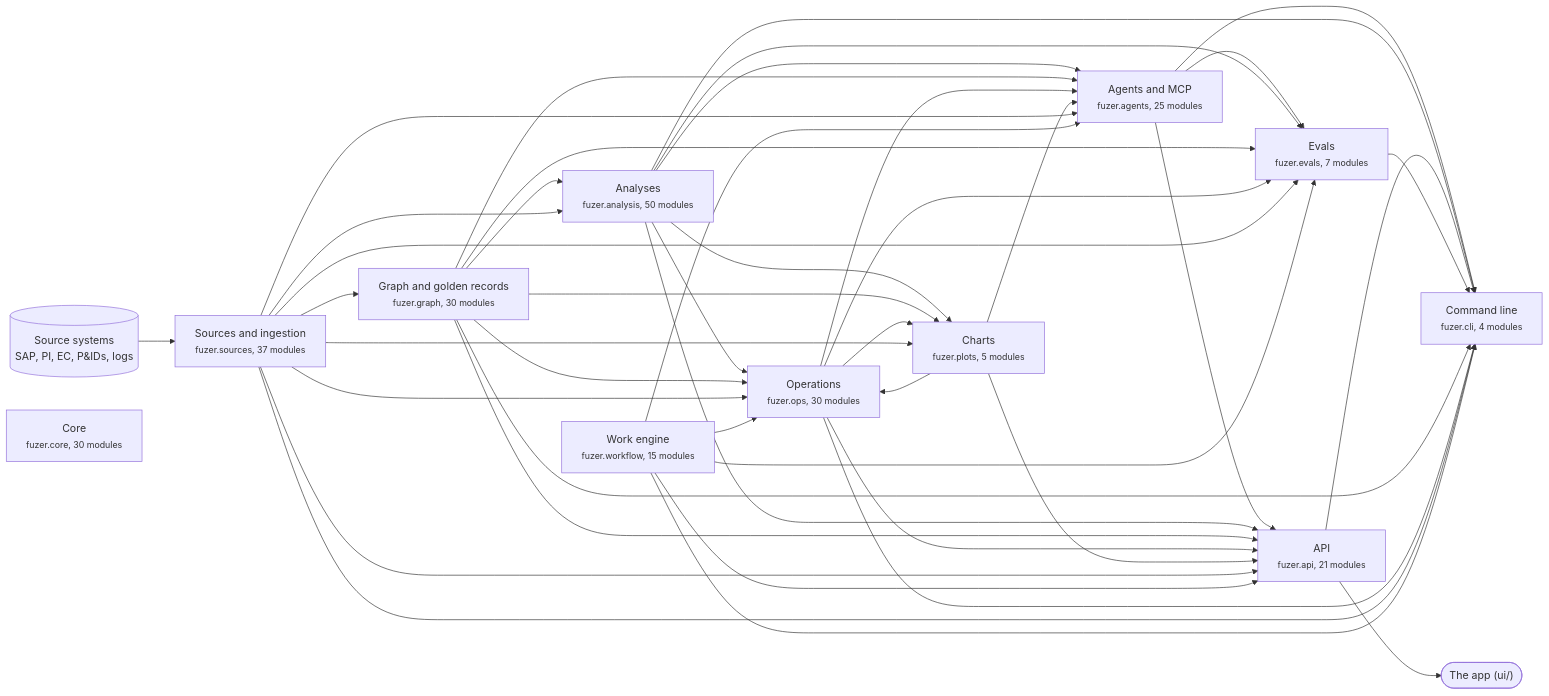
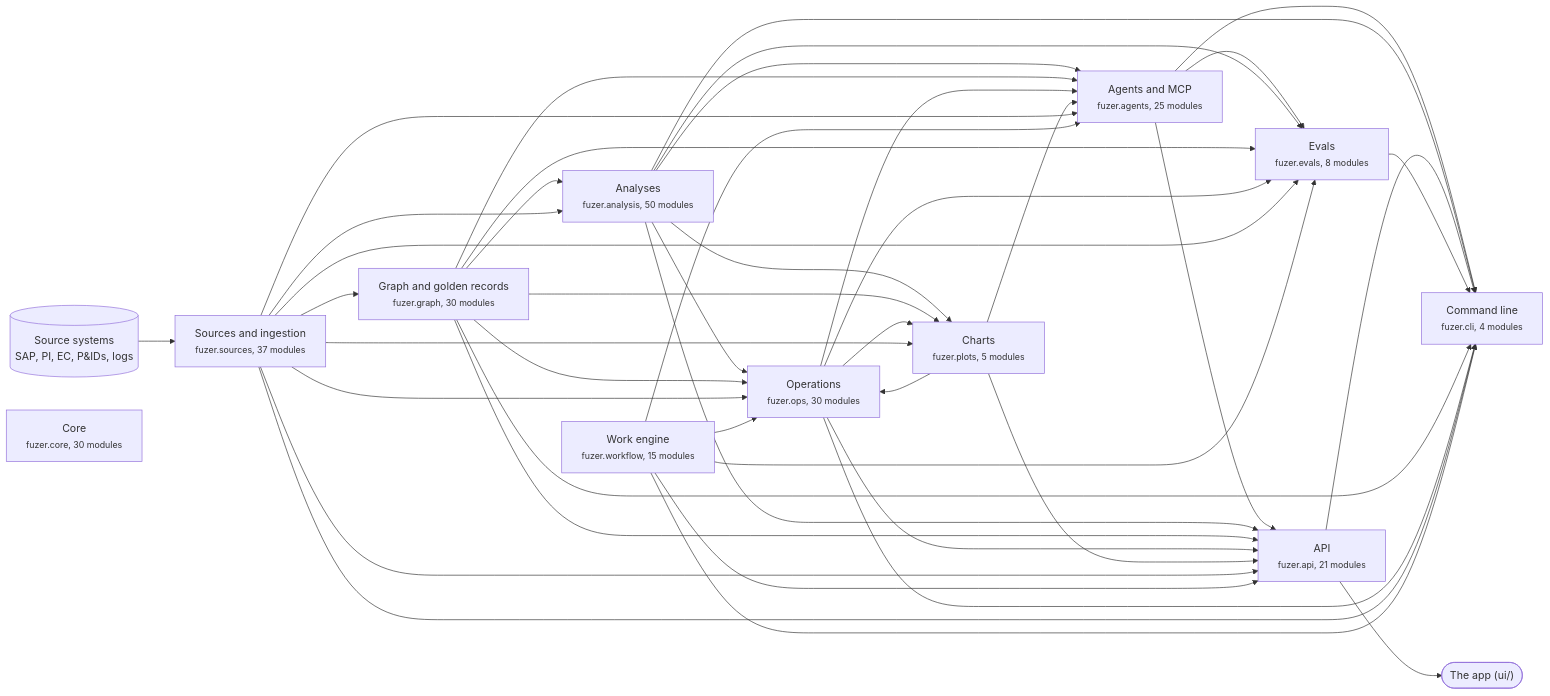
The first of 3 diagrams in docs/architecture.md (areed145/fuzer), drawn with Mermaid before and after one commit. The commit also changed other lines of this file and 7 other files, not shown here.

````diff
--- a/docs/architecture.md
+++ b/docs/architecture.md
@@ -8,67 +8,67 @@
 ```mermaid
 flowchart LR
   systems[("Source systems<br>SAP, PI, EC, P&IDs, logs")] --> c_sources
   app(["The app (ui/)"])
   c_api --> app
   c_sources["Sources and ingestion<br><small>fuzer.sources, 37 modules</small>"]
   c_graph["Graph and golden records<br><small>fuzer.graph, 30 modules</small>"]
   c_analysis["Analyses<br><small>fuzer.analysis, 50 modules</small>"]
   c_ops["Operations<br><small>fuzer.ops, 30 modules</small>"]
   c_plots["Charts<br><small>fuzer.plots, 5 modules</small>"]
   c_workflow["Work engine<br><small>fuzer.workflow, 15 modules</small>"]
   c_agents["Agents and MCP<br><small>fuzer.agents, 25 modules</small>"]
-  c_evals["Evals<br><small>fuzer.evals, 7 modules</small>"]
+  c_evals["Evals<br><small>fuzer.evals, 8 modules</small>"]
   c_api["API<br><small>fuzer.api, 21 modules</small>"]
   c_cli["Command line<br><small>fuzer.cli, 4 modules</small>"]
   c_core["Core<br><small>fuzer.core, 30 modules</small>"]
   c_sources --> c_graph
   c_graph --> c_analysis
   c_sources --> c_analysis
   c_analysis --> c_ops
   c_graph --> c_ops
   c_plots --> c_ops
   c_sources --> c_ops
   c_workflow --> c_ops
   c_analysis --> c_plots
   c_graph --> c_plots
   c_ops --> c_plots
   c_sources --> c_plots
   c_analysis --> c_agents
   c_graph --> c_agents
   c_ops --> c_agents
   c_plots --> c_agents
   c_sources --> c_agents
   c_workflow --> c_agents
   c_agents --> c_evals
   c_analysis --> c_evals
   c_graph --> c_evals
   c_ops --> c_evals
   c_sources --> c_evals
   c_workflow --> c_evals
   c_agents --> c_api
   c_analysis --> c_api
   c_graph --> c_api
   c_ops --> c_api
   c_plots --> c_api
   c_sources --> c_api
   c_workflow --> c_api
   c_agents --> c_cli
   c_analysis --> c_cli
   c_api --> c_cli
   c_evals --> c_cli
   c_graph --> c_cli
   c_ops --> c_cli
   c_sources --> c_cli
   c_workflow --> c_cli
   click c_sources "https://github.com/areed145/fuzer/tree/main/src/fuzer/sources"
   click c_graph "https://github.com/areed145/fuzer/tree/main/src/fuzer/graph"
   click c_analysis "https://github.com/areed145/fuzer/tree/main/src/fuzer/analysis"
   click c_ops "https://github.com/areed145/fuzer/tree/main/src/fuzer/ops"
   click c_plots "https://github.com/areed145/fuzer/tree/main/src/fuzer/plots"
   click c_workflow "https://github.com/areed145/fuzer/tree/main/src/fuzer/workflow"
   click c_agents "https://github.com/areed145/fuzer/tree/main/src/fuzer/agents"
   click c_evals "https://github.com/areed145/fuzer/tree/main/src/fuzer/evals"
   click c_api "https://github.com/areed145/fuzer/tree/main/src/fuzer/api"
   click c_cli "https://github.com/areed145/fuzer/tree/main/src/fuzer/cli"
   click c_core "https://github.com/areed145/fuzer/tree/main/src/fuzer/core"
 ```
````
